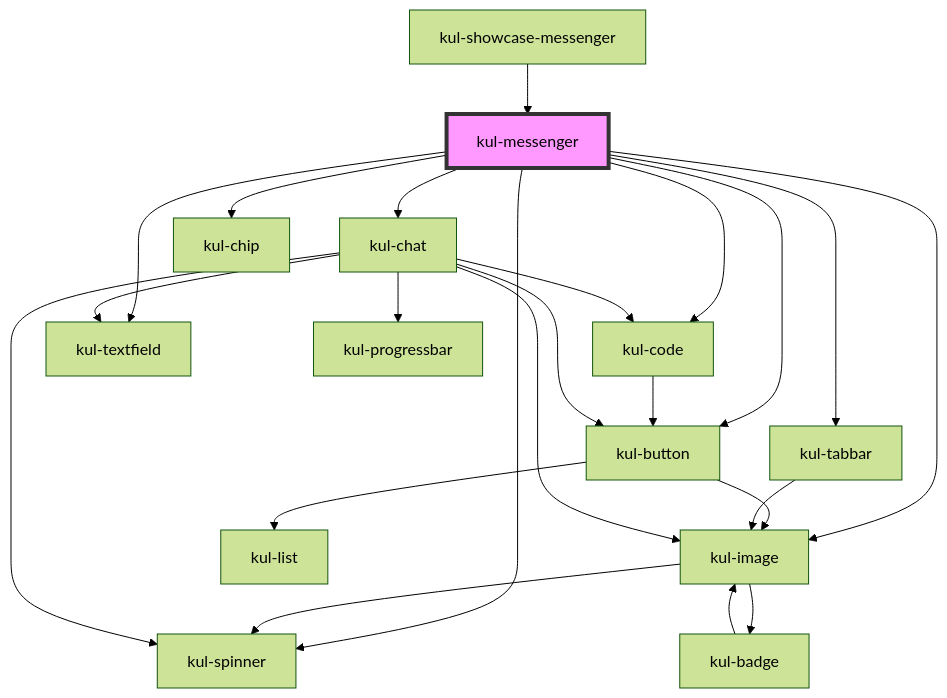
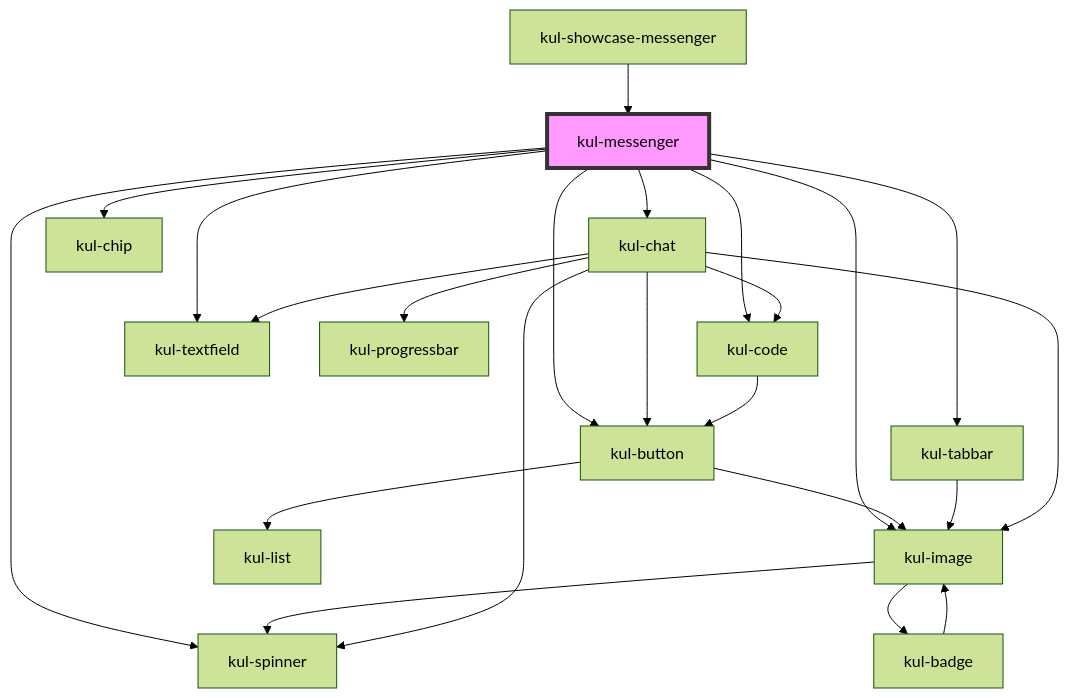
Before and after one commit to lucafoscili/ketchup-lite: the diagram in packages/ketchup-lite/src/components/kul-messenger/readme.md, drawn with Mermaid (forest theme). The commit also changed other lines of this file and 138 other files, not shown here.

````diff
--- a/packages/ketchup-lite/src/components/kul-messenger/readme.md
+++ b/packages/ketchup-lite/src/components/kul-messenger/readme.md
@@ -126,26 +126,26 @@
 ```mermaid
 graph TD;
+  kul-messenger --> kul-button
+  kul-messenger --> kul-tabbar
+  kul-messenger --> kul-chat
   kul-messenger --> kul-image
-  kul-messenger --> kul-button
   kul-messenger --> kul-spinner
   kul-messenger --> kul-code
-  kul-messenger --> kul-tabbar
-  kul-messenger --> kul-chat
   kul-messenger --> kul-chip
   kul-messenger --> kul-textfield
+  kul-button --> kul-image
+  kul-button --> kul-list
   kul-image --> kul-spinner
   kul-image --> kul-badge
   kul-badge --> kul-image
-  kul-button --> kul-image
-  kul-button --> kul-list
-  kul-code --> kul-button
   kul-tabbar --> kul-image
   kul-chat --> kul-spinner
   kul-chat --> kul-image
   kul-chat --> kul-button
   kul-chat --> kul-textfield
   kul-chat --> kul-progressbar
   kul-chat --> kul-code
+  kul-code --> kul-button
   kul-showcase-messenger --> kul-messenger
   style kul-messenger fill:#f9f,stroke:#333,stroke-width:4px
 ```
````
